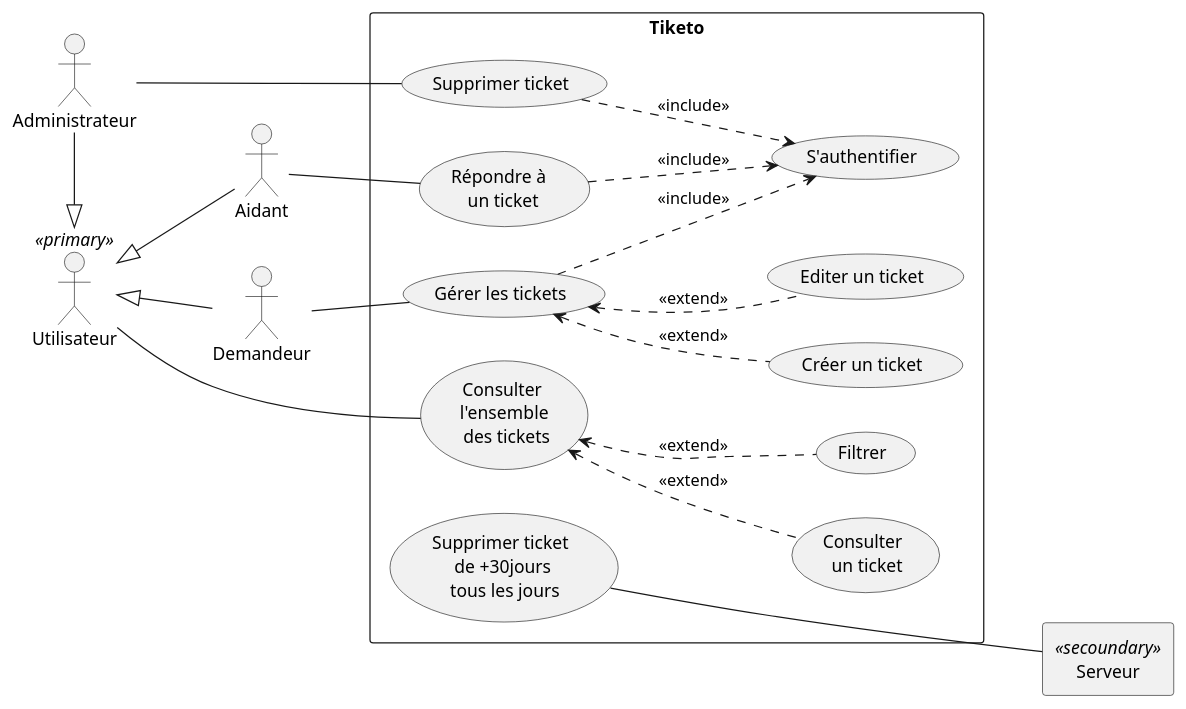
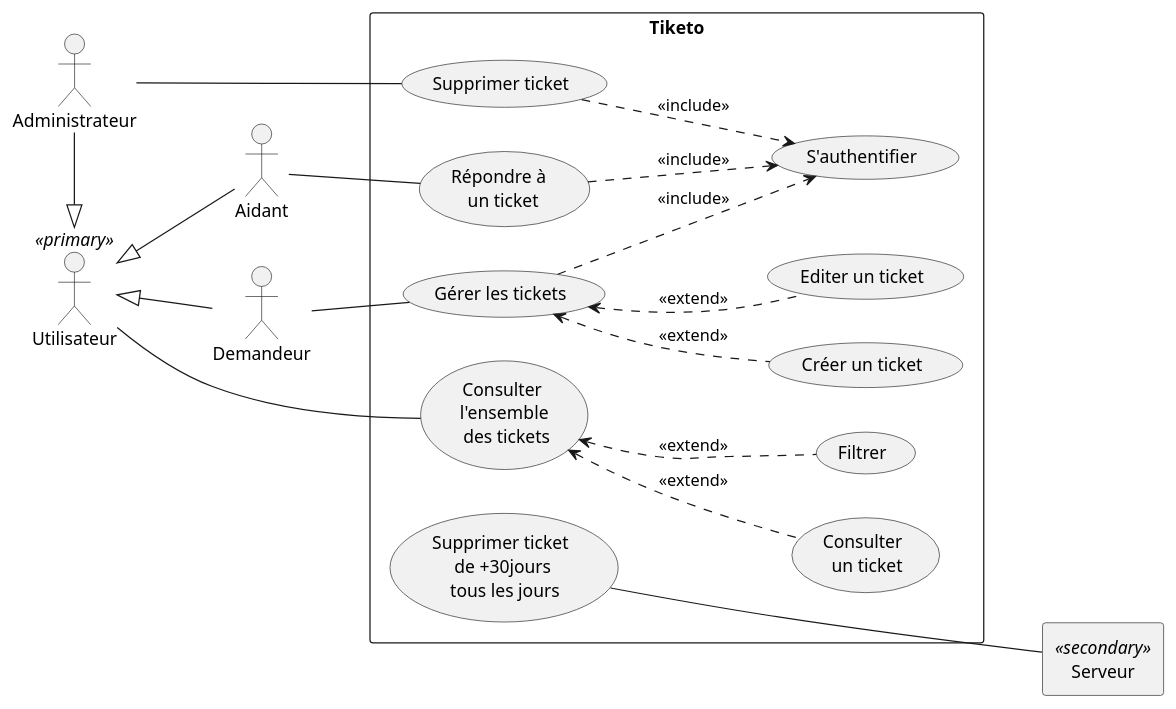
One commit to dorianleveque/CoHub changed the diagram in docs/UML/cas utilisation.puml. Above: the diagram before and after it, drawn with PlantUML. The commit also changed 1 other file, not shown here.

```diff
--- a/docs/UML/cas utilisation.puml
+++ b/docs/UML/cas utilisation.puml
@@ -1,42 +1,42 @@
 @startuml cas d'utilisation
 left to right direction
 actor Utilisateur as "Utilisateur" <<primary>>
 actor Aidant
 actor Demandeur
 actor Administrateur
-agent Serveur as "Serveur" <<secoundary>>
+agent Serveur as "Serveur" <<secondary>>
 
 Utilisateur <|-- Aidant
 Utilisateur <|-- Demandeur
 Utilisateur <|-left- Administrateur
 
 rectangle "Tiketo" {
     usecase UC1 as "Consulter \n l'ensemble \n des tickets"
     usecase UC2 as "Consulter \n un ticket"
     usecase UC3 as "Filtrer"
     usecase UC4 as "Gérer les tickets"
     usecase UC5 as "Créer un ticket"
     usecase UC6 as "Editer un ticket"
     usecase UC7 as "Répondre à \n un ticket"
     usecase UC8 as "S'authentifier"
     usecase UC9 as "Supprimer ticket"
     usecase UC10 as "Supprimer ticket \n de +30jours \n tous les jours" 
 
     Utilisateur -- (UC1)
     UC1 <.. UC2 : <<extend>>
     UC1 <.. UC3 : <<extend>>
 
     Demandeur -- UC4
     UC4 ..> UC8 : <<include>>
     UC4 <.. UC5 : <<extend>>
     UC4 <.. UC6 : <<extend>>
 
     Aidant -- UC7
     UC7 ..> UC8 : <<include>>
 
     Administrateur -- UC9
     UC9 ..> UC8 : <<include>>
 
     UC10 --- Serveur
 }
 @enduml
```
